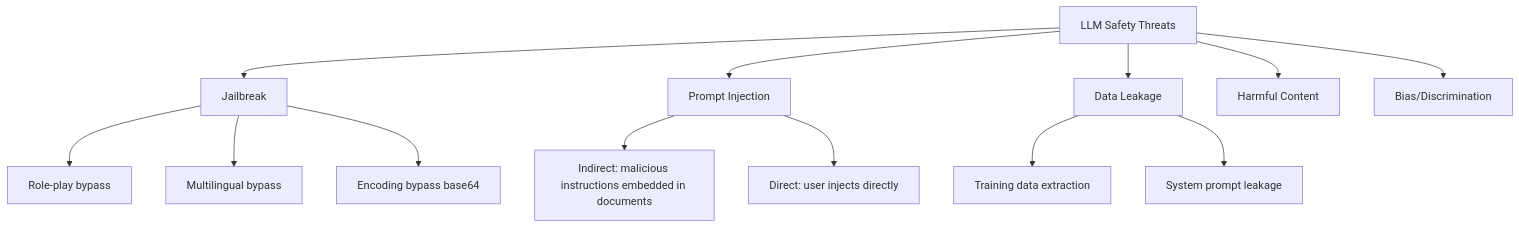
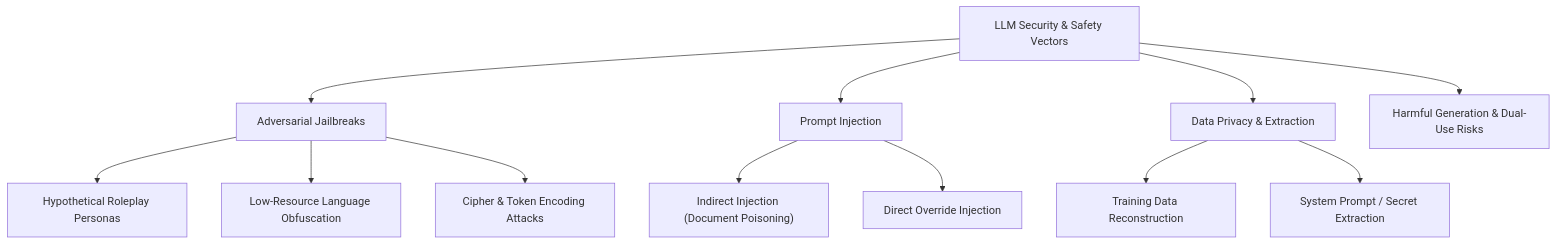
Before and after one commit to yingwang/llm-tutorial: the diagram in en/10-safety-alignment.md, drawn with Mermaid. The commit also changed other lines of this file and 29 other files, not shown here.

````diff
--- a/en/10-safety-alignment.md
+++ b/en/10-safety-alignment.md
@@ -63,18 +66,17 @@
 ```mermaid
 graph TD
-    A[LLM Safety Threats] --> B[Jailbreak]
-    A --> C[Prompt Injection]
-    A --> D[Data Leakage]
-    A --> E[Harmful Content]
-    A --> F[Bias/Discrimination]
+    A["LLM Security & Safety Vectors"] --> B["Adversarial Jailbreaks"]
+    A --> C["Prompt Injection"]
+    A --> D["Data Privacy & Extraction"]
+    A --> E["Harmful Generation & Dual-Use Risks"]
     
-    B --> B1[Role-play bypass]
-    B --> B2[Multilingual bypass]
-    B --> B3[Encoding bypass base64]
+    B --> B1["Hypothetical Roleplay Personas"]
+    B --> B2["Low-Resource Language Obfuscation"]
+    B --> B3["Cipher & Token Encoding Attacks"]
     
-    C --> C1[Indirect: malicious instructions embedded in documents]
-    C --> C2[Direct: user injects directly]
+    C --> C1["Indirect Injection (Document Poisoning)"]
+    C --> C2["Direct Override Injection"]
     
-    D --> D1[Training data extraction]
-    D --> D2[System prompt leakage]
+    D --> D1["Training Data Reconstruction"]
+    D --> D2["System Prompt / Secret Extraction"]
 ```
````
